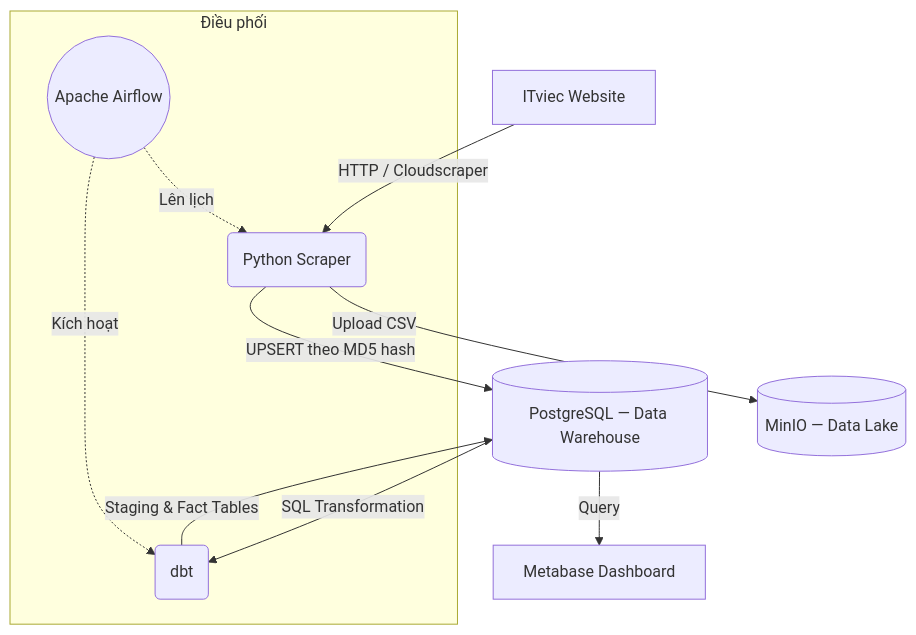
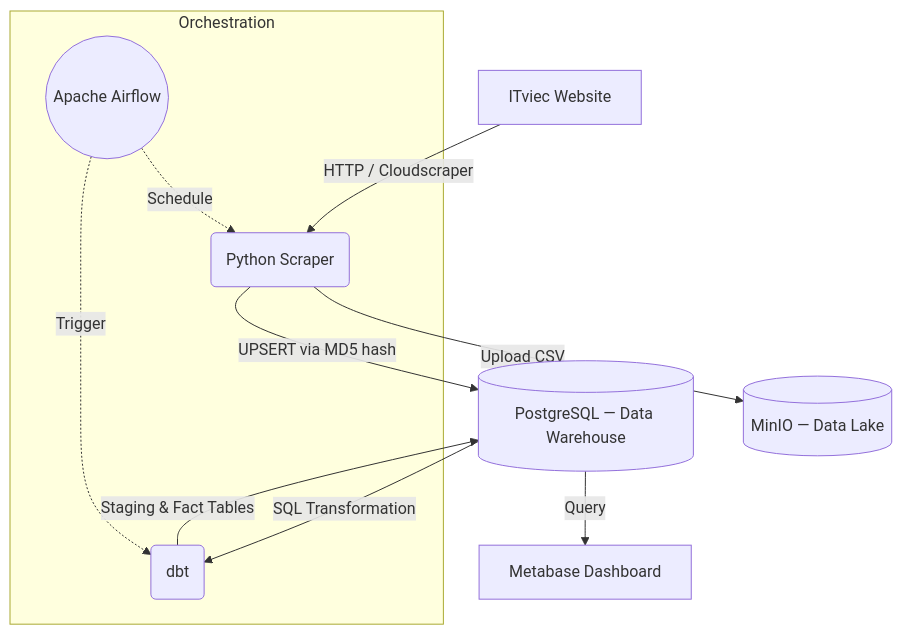
One commit to npthieu-2502/vietnam-it-job-pipeline changed the diagram in README.md. Above: the diagram before and after it, drawn with Mermaid. The commit also changed 3 other files, not shown here.

````diff
--- a/README.md
+++ b/README.md
@@ -18,14 +18,14 @@
 ```mermaid
 graph TD
     A[ITviec Website] -->|HTTP / Cloudscraper| B(Python Scraper)
     B -->|Upload CSV| C[(MinIO — Data Lake)]
-    B -->|UPSERT theo MD5 hash| D[(PostgreSQL — Data Warehouse)]
+    B -->|UPSERT via MD5 hash| D[(PostgreSQL — Data Warehouse)]
     D -->|SQL Transformation| E(dbt)
     E -->|Staging & Fact Tables| D
     D -->|Query| F[Metabase Dashboard]
 
-    subgraph Điều phối
-    G((Apache Airflow)) -.->|Lên lịch| B
-    G -.->|Kích hoạt| E
+    subgraph Orchestration
+    G((Apache Airflow)) -.->|Schedule| B
+    G -.->|Trigger| E
     end
 ```
````
